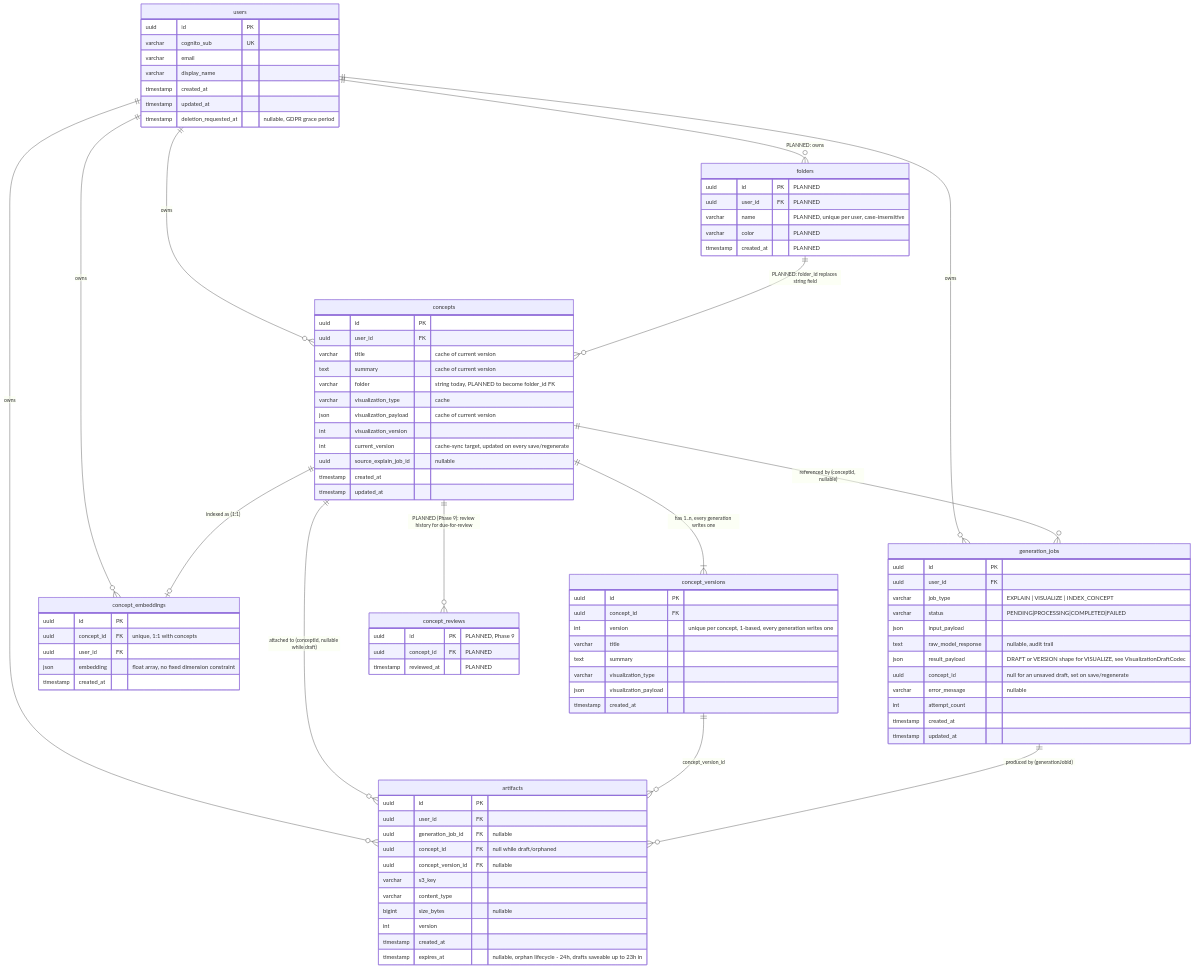
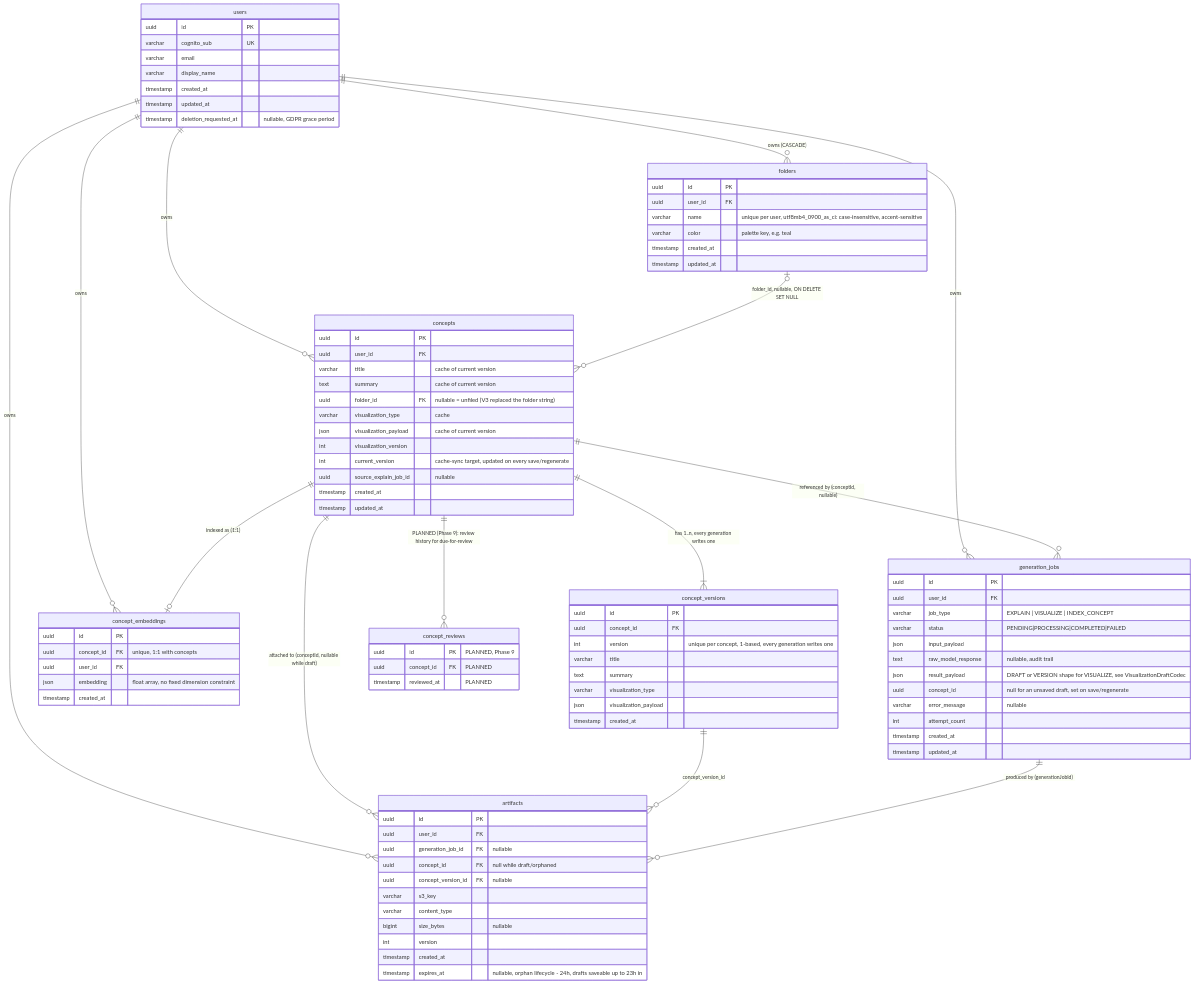
Diagram 15 of 16 in docs/ARCHITECTURE_DIAGRAMS.md (Surabhisonkar/Reknit-ALearningDashboard), drawn with Mermaid before and after one commit. The commit also changed other lines of this file and 24 other files, not shown here.

```diff
--- a/docs/ARCHITECTURE_DIAGRAMS.md
+++ b/docs/ARCHITECTURE_DIAGRAMS.md
@@ -1338,8 +1436,8 @@
     concept_versions ||--o{ artifacts : "concept_version_id"
     concepts ||--o| concept_embeddings : "indexed as (1:1)"
     generation_jobs ||--o{ artifacts : "produced by (generationJobId)"
-    users ||--o{ folders : "PLANNED: owns"
-    folders ||--o{ concepts : "PLANNED: folder_id replaces string field"
+    users ||--o{ folders : "owns (CASCADE)"
+    folders |o--o{ concepts : "folder_id, nullable, ON DELETE SET NULL"
     concepts ||--o{ concept_reviews : "PLANNED (Phase 9): review history for due-for-review"
 
     users {
@@ -1356,7 +1454,7 @@
         uuid user_id FK
         varchar title "cache of current version"
         text summary "cache of current version"
-        varchar folder "string today, PLANNED to become folder_id FK"
+        uuid folder_id FK "nullable = unfiled (V3 replaced the folder string)"
         varchar visualization_type "cache"
         json visualization_payload "cache of current version"
         int visualization_version
@@ -1410,11 +1508,12 @@
         timestamp created_at
     }
     folders {
-        uuid id PK "PLANNED"
-        uuid user_id FK "PLANNED"
-        varchar name "PLANNED, unique per user, case-insensitive"
-        varchar color "PLANNED"
-        timestamp created_at "PLANNED"
+        uuid id PK
+        uuid user_id FK
+        varchar name "unique per user, utf8mb4_0900_as_ci: case-insensitive, accent-sensitive"
+        varchar color "palette key, e.g. teal"
+        timestamp created_at
+        timestamp updated_at
     }
     concept_reviews {
         uuid id PK "PLANNED, Phase 9"
```
